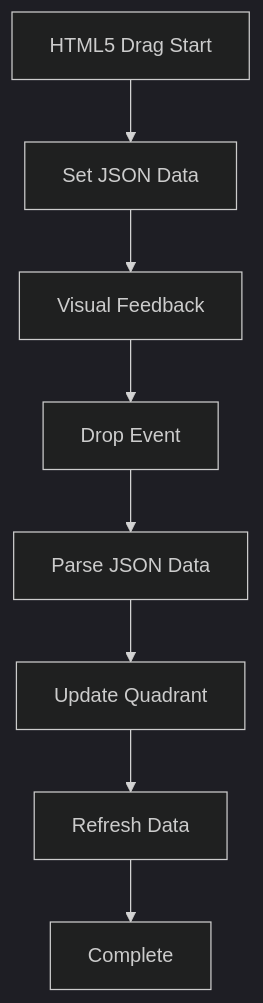
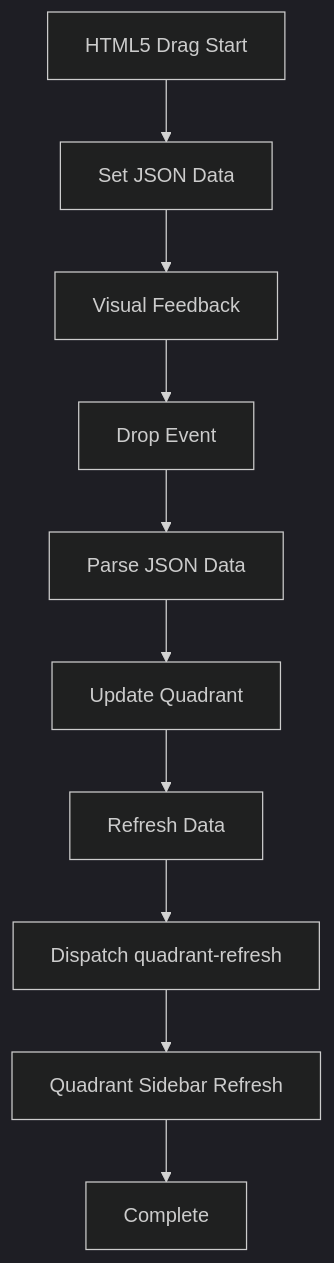
One commit to peixuanhu/goal-mate changed the seventh of 10 diagrams in .qoder/repowiki/en/content/UI Components/Drag-and-Drop Functionality.md. Above: the diagram before and after it, drawn with Mermaid (dark theme). The commit also changed other lines of this file and 3 other files, not shown here.

````diff
--- a/.qoder/repowiki/en/content/UI Components/Drag-and-Drop Functionality.md
+++ b/.qoder/repowiki/en/content/UI Components/Drag-and-Drop Functionality.md
@@ -278,10 +299,12 @@
 ```mermaid
 flowchart TD
 DragStart["HTML5 Drag Start"] --> SetData["Set JSON Data"]
 SetData --> Dragging["Visual Feedback"]
 Dragging --> Drop["Drop Event"]
 Drop --> ParseData["Parse JSON Data"]
 ParseData --> UpdateQuadrant["Update Quadrant"]
 UpdateQuadrant --> Refresh["Refresh Data"]
-Refresh --> End["Complete"]
+Refresh --> CustomEvent["Dispatch quadrant-refresh"]
+CustomEvent --> SidebarRefresh["Quadrant Sidebar Refresh"]
+SidebarRefresh --> End["Complete"]
 ```
````
